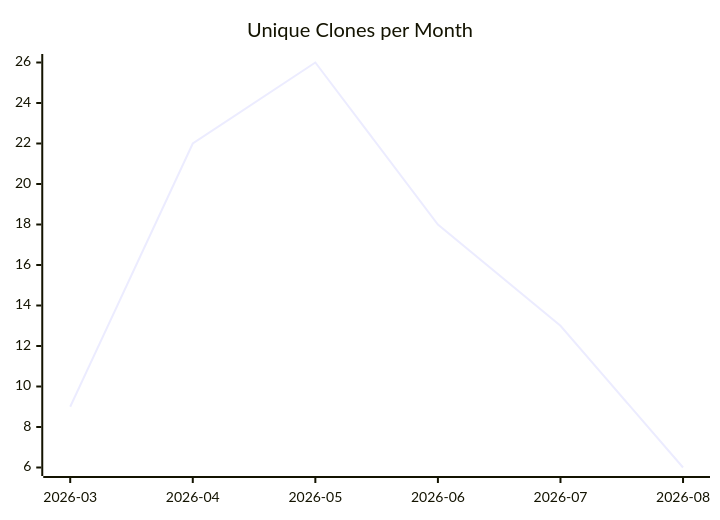
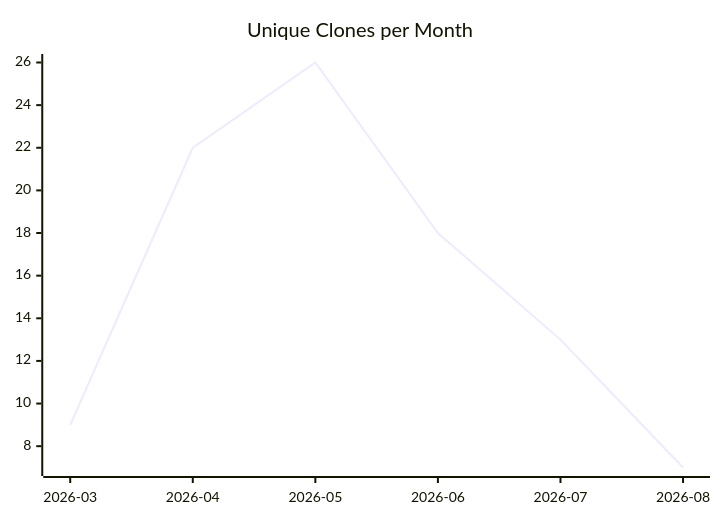
One commit to justdavis-family/github-analytics-data changed the third of 3 diagrams in karlmdavis/lego-ev3dev-rs/README.md. Above: the diagram before and after it, drawn with Mermaid. The commit also changed other lines of this file and 177 other files, not shown here.

````diff
--- a/karlmdavis/lego-ev3dev-rs/README.md
+++ b/karlmdavis/lego-ev3dev-rs/README.md
@@ -19,6 +19,6 @@
 ```mermaid
 xychart-beta
   title "Unique Clones per Month"
   x-axis ["2026-03", "2026-04", "2026-05", "2026-06", "2026-07", "2026-08"]
-  line [9, 22, 26, 18, 13, 6]
+  line [9, 22, 26, 18, 13, 7]
 ```
````
